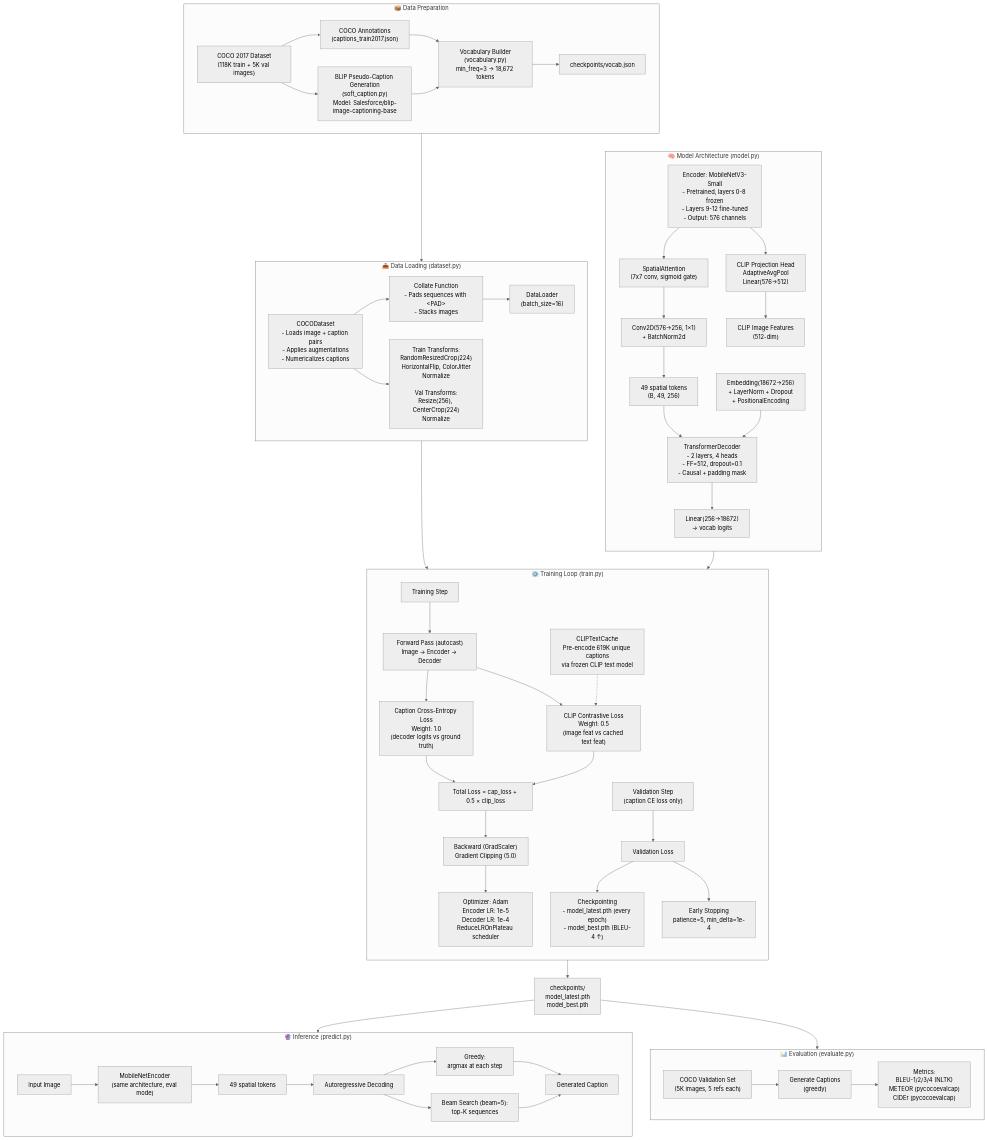
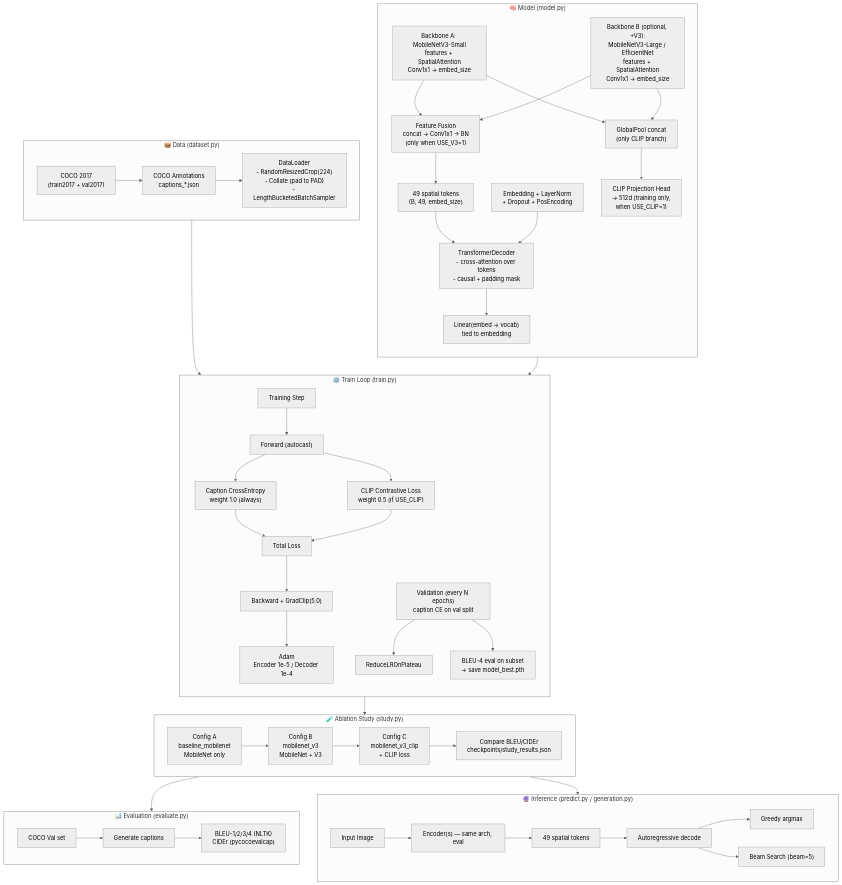
Before and after one commit to Vehicle666/Image-Captioning: the diagram in FLOWCHART.md, drawn with Mermaid (neutral theme). The commit also changed other lines of this file and 74 other files, not shown here.

Commit message:
Restructure as ablation study: MobileNet -> +V3 -> +CLIP, drop semi-supervised (BLIP/Linh)

````diff
--- a/FLOWCHART.md
+++ b/FLOWCHART.md
@@ -3,70 +13,59 @@
 ```mermaid
 flowchart TB
-    subgraph Data["📦 Data Preparation"]
-        COCO["COCO 2017 Dataset<br/>(118K train + 5K val images)"] --> ANN["COCO Annotations<br/>(captions_train2017.json)"]
-        COCO --> BLIP_GEN["BLIP Pseudo-Caption Generation<br/>(soft_caption.py)<br/>Model: Salesforce/blip-image-captioning-base"]
-        ANN --> VOCAB["Vocabulary Builder<br/>(vocabulary.py)<br/>min_freq=3 → 18,672 tokens"]
-        BLIP_GEN --> VOCAB
-        VOCAB --> VOCAB_JSON["checkpoints/vocab.json"]
+    subgraph Study["🧪 Ablation Study (study.py)"]
+        direction LR
+        A["Config A<br/>baseline_mobilenet<br/>MobileNet only"] --> B["Config B<br/>mobilenet_v3<br/>MobileNet + V3"]
+        B --> C["Config C<br/>mobilenet_v3_clip<br/>+ CLIP loss"]
+        C --> COMPARE["Compare BLEU/CIDEr<br/>checkpoints/study_results.json"]
     end
 
-    subgraph Loader["📥 Data Loading (dataset.py)"]
-        COCO_DATASET["COCODataset<br/>- Loads image + caption pairs<br/>- Applies augmentations<br/>- Numericalizes captions"] --> COLLATE["Collate Function<br/>- Pads sequences with &lt;PAD&gt;<br/>- Stacks images"]
-        TRANS["Train Transforms:<br/>RandomResizedCrop(224)<br/>HorizontalFlip, ColorJitter<br/>Normalize<br/><br/>Val Transforms:<br/>Resize(256), CenterCrop(224)<br/>Normalize"]
-        COCO_DATASET --> TRANS
-        COLLATE --> DATALOADER["DataLoader<br/>(batch_size=16)"]
+    subgraph Data["📦 Data (dataset.py)"]
+        COCO["COCO 2017<br/>(train2017 + val2017)"] --> ANN["COCO Annotations<br/>captions_*.json"]
+        ANN --> DLD["DataLoader<br/>- RandomResizedCrop(224)<br/>- Collate (pad to PAD)<br/>- LengthBucketedBatchSampler"]
     end
 
-    subgraph Model["🧠 Model Architecture (model.py)"]
+    subgraph Model["🧠 Model (model.py)"]
         direction TB
-        ENC["Encoder: MobileNetV3-Small<br/>- Pretrained, layers 0-8 frozen<br/>- Layers 9-12 fine-tuned<br/>- Output: 576 channels"] --> ATT["SpatialAttention<br/>(7x7 conv, sigmoid gate)"]
-        ATT --> PROJ["Conv2D(576→256, 1×1)<br/>+ BatchNorm2d"]
-        PROJ --> TOKENS["49 spatial tokens<br/>(B, 49, 256)"]
-        
-        TOKENS --> DEC["TransformerDecoder<br/>- 2 layers, 4 heads<br/>- FF=512, dropout=0.1<br/>- Causal + padding mask"]
-        EMB["Embedding(18672→256)<br/>+ LayerNorm + Dropout<br/>+ PositionalEncoding"] --> DEC
-        DEC --> OUTPUT["Linear(256→18672)<br/>→ vocab logits"]
-        
-        ENC --> CLIP_HEAD["CLIP Projection Head<br/>AdaptiveAvgPool<br/>Linear(576→512)"]
-        CLIP_HEAD --> CLIP_FEAT["CLIP Image Features<br/>(512-dim)"]
+        BR_A["Backbone A: MobileNetV3-Small<br/>features + SpatialAttention<br/>Conv1x1 -> embed_size"] --> FUSE["Feature Fusion<br/>concat -> Conv1x1 -> BN<br/>(only when USE_V3=1)"]
+        BR_B["Backbone B (optional, +V3):<br/>MobileNetV3-Large / EfficientNet<br/>features + SpatialAttention<br/>Conv1x1 -> embed_size"] --> FUSE
+        FUSE --> TOKENS["49 spatial tokens<br/>(B, 49, embed_size)"]
+        TOKENS --> DEC["TransformerDecoder<br/>- cross-attention over tokens<br/>- causal + padding mask"]
+        EMB["Embedding + LayerNorm<br/>+ Dropout + PosEncoding"] --> DEC
+        DEC --> OUTPUT["Linear(embed -> vocab)<br/>tied to embedding"]
+        BR_A --> POOL["GlobalPool concat<br/>(only CLIP branch)"]
+        BR_B --> POOL
+        POOL --> CLIP_HEAD["CLIP Projection Head<br/>-> 512d (training only,<br/>when USE_CLIP=1)"]
     end
 
-    subgraph TrainLoop["⚙️ Training Loop (train.py)"]
+    subgraph Train["⚙️ Train Loop (train.py)"]
         direction TB
-        TRAIN_STEP["Training Step"] --> FORWARD["Forward Pass (autocast)<br/>Image → Encoder → Decoder"]
-        FORWARD --> CAP_LOSS["Caption Cross-Entropy Loss<br/>Weight: 1.0<br/>(decoder logits vs ground truth)"]
-        FORWARD --> CLIP_LOSS["CLIP Contrastive Loss<br/>Weight: 0.5<br/>(image feat vs cached text feat)"]
-        CAP_LOSS --> TOTAL["Total Loss = cap_loss + 0.5 × clip_loss"]
-        CLIP_LOSS --> TOTAL
-        TOTAL --> BACKWARD["Backward (GradScaler)<br/>Gradient Clipping (5.0)"]
-        BACKWARD --> OPT["Optimizer: Adam<br/>Encoder LR: 1e-5<br/>Decoder LR: 1e-4<br/>ReduceLROnPlateau scheduler"]
-        
-        VAL_STEP["Validation Step<br/>(caption CE loss only)"] --> VAL_LOSS["Validation Loss"]
-        VAL_LOSS --> CHECKPOINT["Checkpointing<br/>- model_latest.pth (every epoch)<br/>- model_best.pth (BLEU-4 ↑)"]
-        VAL_LOSS --> EARLY_STOP["Early Stopping<br/>patience=5, min_delta=1e-4"]
-        
-        CLIP_CACHE["CLIPTextCache<br/>Pre-encode 619K unique captions<br/>via frozen CLIP text model"] -.-> CLIP_LOSS
+        STEP["Training Step"] --> FW["Forward (autocast)"]
+        FW --> CAP["Caption CrossEntropy<br/>weight 1.0 (always)"]
+        FW --> CLC["CLIP Contrastive Loss<br/>weight 0.5 (if USE_CLIP)"]
+        CAP --> TOT["Total Loss"]
+        CLC --> TOT
+        TOT --> BW["Backward + GradClip(5.0)"]
+        BW --> OPT["Adam<br/>Encoder 1e-5 / Decoder 1e-4"]
+        VAL["Validation (every N epochs)<br/>caption CE on val split"] --> SCHED["ReduceLROnPlateau"]
+        VAL --> BLEU["BLEU-4 eval on subset<br/>-> save model_best.pth"]
     end
 
-    subgraph Infer["🔮 Inference (predict.py)"]
-        IMG["Input Image"] --> ENC_INF["MobileNetEncoder<br/>(same architecture, eval mode)"]
-        ENC_INF --> TOKENS_INF["49 spatial tokens"]
-        TOKENS_INF --> DEC_INF["Autoregressive Decoding"]
-        DEC_INF --> GREEDY["Greedy:<br/>argmax at each step"]
-        DEC_INF --> BEAM["Beam Search (beam=5):<br/>top-K sequences"]
-        GREEDY --> CAPTION["Generated Caption"]
-        BEAM --> CAPTION
+    subgraph Infer["🔮 Inference (predict.py / generation.py)"]
+        IMG["Input Image"] --> ENC["Encoder(s) — same arch, eval"]
+        ENC --> TOK_I["49 spatial tokens"]
+        TOK_I --> DEC_I["Autoregressive decode"]
+        DEC_I --> GREEDY["Greedy argmax"]
+        DEC_I --> BEAM["Beam Search (beam=5)"]
     end
 
     subgraph Eval["📊 Evaluation (evaluate.py)"]
-        VAL_SET["COCO Validation Set<br/>(5K images, 5 refs each)"] --> GEN_CAP["Generate Captions<br/>(greedy)"]
-        GEN_CAP --> METRICS["Metrics:<br/>BLEU-1/2/3/4 (NLTK)<br/>METEOR (pycocoevalcap)<br/>CIDEr (pycocoevalcap)"]
+        VSET["COCO Val set"] --> GEN["Generate captions"]
+        GEN --> METRICS["BLEU-1/2/3/4 (NLTK)<br/>CIDEr (pycocoevalcap)"]
     end
 
-    Data --> Loader
-    Loader --> TrainLoop
-    Model --> TrainLoop
-    TrainLoop --> Checkpoints["checkpoints/<br/>model_latest.pth<br/>model_best.pth"]
-    Checkpoints --> Infer
-    Checkpoints --> Eval
+    Data --> Train
+    Model --> Train
+    Train --> Study
+    Study --> Eval
+    Study --> Infer
 ```
````
